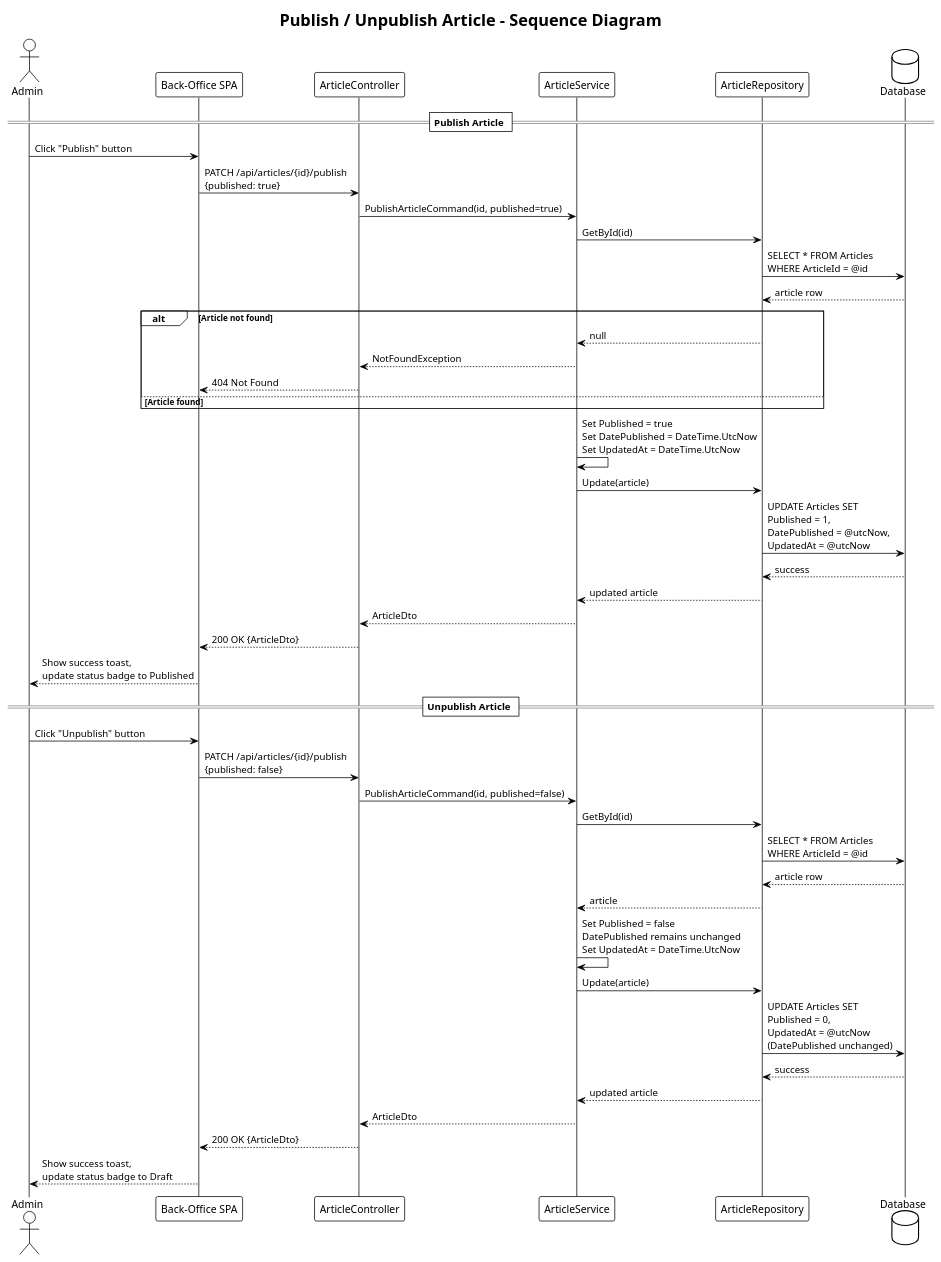
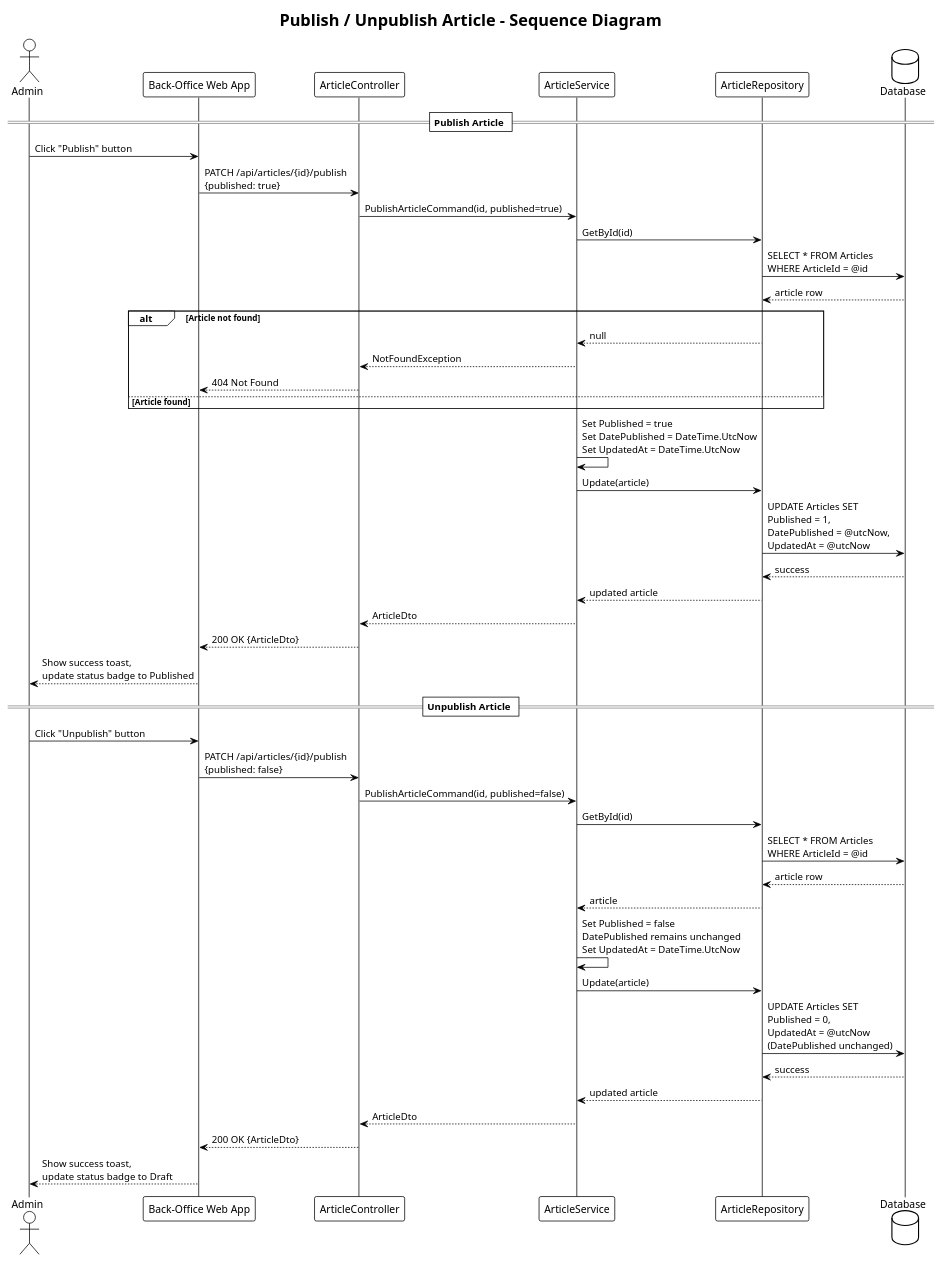
Before and after one commit to QuinntyneBrown/Blog: the diagram in docs/detailed-designs/02-article-management/diagrams/sequence_publish.puml, drawn with PlantUML. The commit also changed 18 other files, not shown here.

```diff
--- a/docs/detailed-designs/02-article-management/diagrams/sequence_publish.puml
+++ b/docs/detailed-designs/02-article-management/diagrams/sequence_publish.puml
@@ -1,65 +1,65 @@
 @startuml sequence_publish
 !theme plain
 
 title Publish / Unpublish Article - Sequence Diagram
 
 actor Admin
-participant "Back-Office SPA" as SPA
+participant "Back-Office Web App" as Web
 participant "ArticleController" as Controller
 participant "ArticleService" as Service
 participant "ArticleRepository" as Repo
 database "Database" as DB
 
 == Publish Article ==
 
-Admin -> SPA : Click "Publish" button
-SPA -> Controller : PATCH /api/articles/{id}/publish\n{published: true}
+Admin -> Web : Click "Publish" button
+Web -> Controller : PATCH /api/articles/{id}/publish\n{published: true}
 
 Controller -> Service : PublishArticleCommand(id, published=true)
 
 Service -> Repo : GetById(id)
 Repo -> DB : SELECT * FROM Articles\nWHERE ArticleId = @id
 DB --> Repo : article row
 
 alt Article not found
     Repo --> Service : null
     Service --> Controller : NotFoundException
-    Controller --> SPA : 404 Not Found
+    Controller --> Web : 404 Not Found
 else Article found
 end
 
 Service -> Service : Set Published = true\nSet DatePublished = DateTime.UtcNow\nSet UpdatedAt = DateTime.UtcNow
 
 Service -> Repo : Update(article)
 Repo -> DB : UPDATE Articles SET\nPublished = 1,\nDatePublished = @utcNow,\nUpdatedAt = @utcNow
 DB --> Repo : success
 Repo --> Service : updated article
 
 Service --> Controller : ArticleDto
-Controller --> SPA : 200 OK {ArticleDto}
-SPA --> Admin : Show success toast,\nupdate status badge to Published
+Controller --> Web : 200 OK {ArticleDto}
+Web --> Admin : Show success toast,\nupdate status badge to Published
 
 == Unpublish Article ==
 
-Admin -> SPA : Click "Unpublish" button
-SPA -> Controller : PATCH /api/articles/{id}/publish\n{published: false}
+Admin -> Web : Click "Unpublish" button
+Web -> Controller : PATCH /api/articles/{id}/publish\n{published: false}
 
 Controller -> Service : PublishArticleCommand(id, published=false)
 
 Service -> Repo : GetById(id)
 Repo -> DB : SELECT * FROM Articles\nWHERE ArticleId = @id
 DB --> Repo : article row
 Repo --> Service : article
 
 Service -> Service : Set Published = false\nDatePublished remains unchanged\nSet UpdatedAt = DateTime.UtcNow
 
 Service -> Repo : Update(article)
 Repo -> DB : UPDATE Articles SET\nPublished = 0,\nUpdatedAt = @utcNow\n(DatePublished unchanged)
 DB --> Repo : success
 Repo --> Service : updated article
 
 Service --> Controller : ArticleDto
-Controller --> SPA : 200 OK {ArticleDto}
-SPA --> Admin : Show success toast,\nupdate status badge to Draft
+Controller --> Web : 200 OK {ArticleDto}
+Web --> Admin : Show success toast,\nupdate status badge to Draft
 
 @enduml
```
